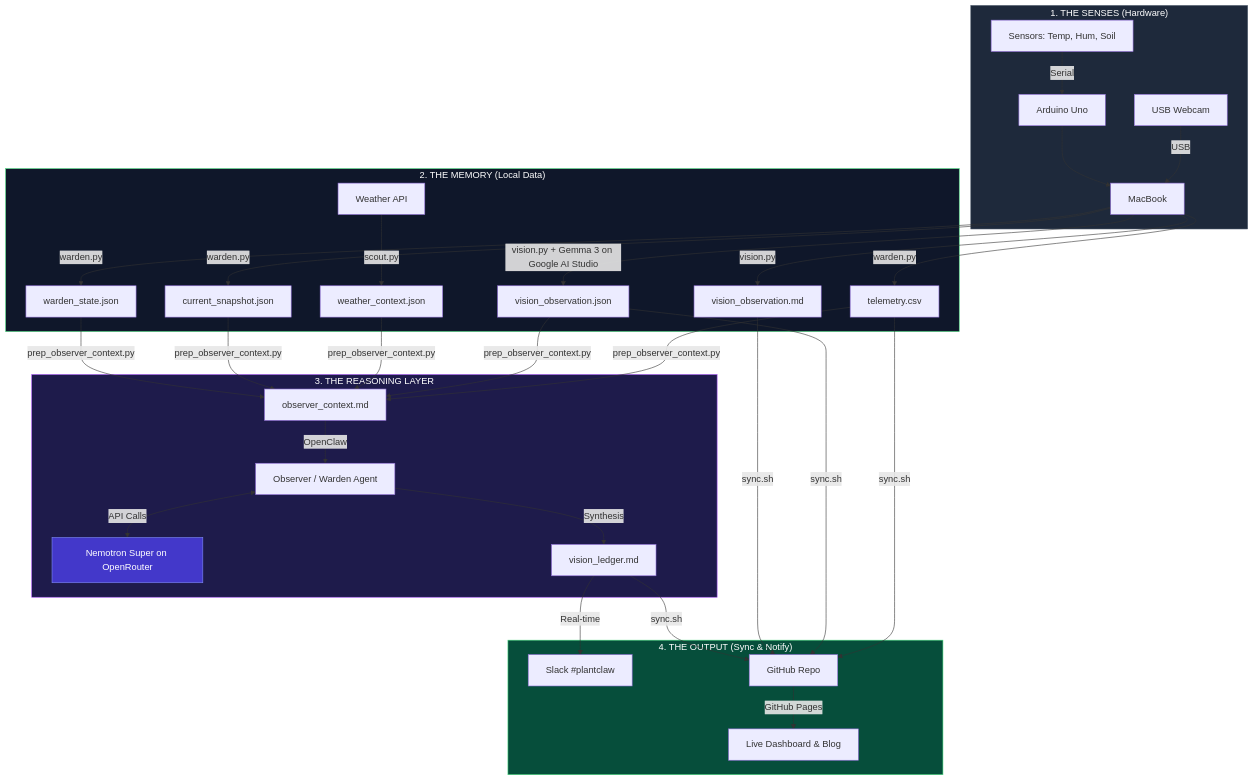
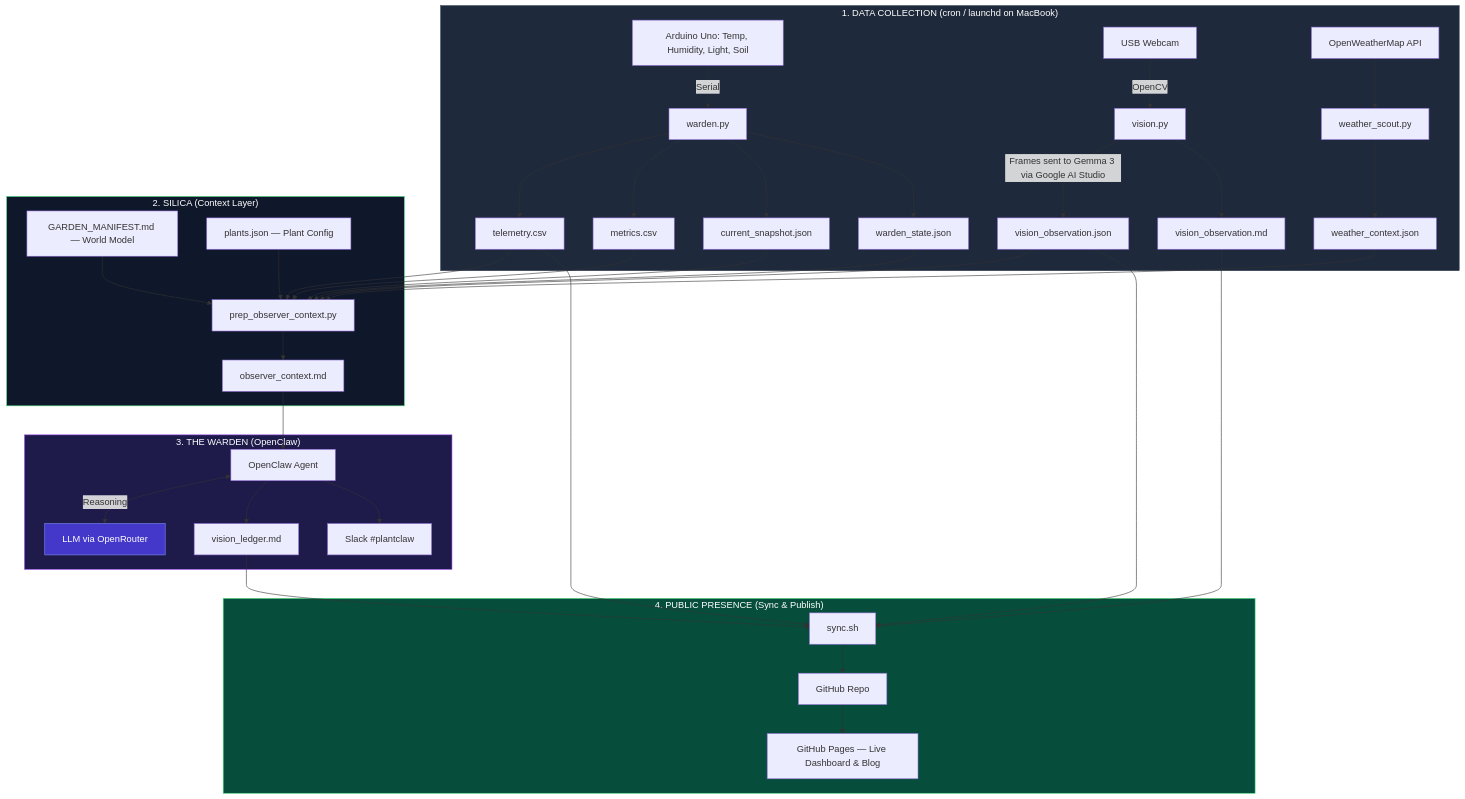
One commit to surendranb/gardenbot changed the diagram in src/docs/architecture.md. Above: the diagram before and after it, drawn with Mermaid. The commit also changed other lines of this file and 3 other files, not shown here.

First line of the commit message:
Fix architecture docs and blog posts to match actual system design

````diff
--- a/src/docs/architecture.md
+++ b/src/docs/architecture.md
@@ -20,41 +20,49 @@
 ```mermaid
 graph TD
-    %% Layer 1: Physical
-    subgraph Physical["1. THE SENSES (Hardware)"]
-        S[Sensors: Temp, Hum, Soil] -->|Serial| AR[Arduino Uno]
-        CAM[USB Webcam] -->|USB| MB[MacBook]
-        AR --> MB
+    %% Layer 1: Data Collection
+    subgraph Collection["1. DATA COLLECTION (cron / launchd on MacBook)"]
+        AR[Arduino Uno: Temp, Humidity, Light, Soil] -->|Serial| WPY[warden.py]
+        WPY --> CSV[telemetry.csv]
+        WPY --> MET[metrics.csv]
+        WPY --> SNS[current_snapshot.json]
+        WPY --> STS[warden_state.json]
+
+        CAM[USB Webcam] -->|OpenCV| VPY[vision.py]
+        VPY -->|Frames sent to Gemma 3 via Google AI Studio| VJS[vision_observation.json]
+        VPY --> VMD[vision_observation.md]
+
+        OWM[OpenWeatherMap API] --> WSC[weather_scout.py]
+        WSC --> WTH[weather_context.json]
     end
 
-    %% Layer 2: Local Processing (The Memory)
-    subgraph Local["2. THE MEMORY (Local Data)"]
-        MB -->|warden.py| CSV[telemetry.csv]
-        MB -->|vision.py + Gemma 3 on Google AI Studio| VJS[vision_observation.json]
-        MB -->|vision.py| VMD[vision_observation.md]
-        MB -->|warden.py| SNS[current_snapshot.json]
-        MB -->|warden.py| STS[warden_state.json]
-        API[Weather API] -->|scout.py| WTH[weather_context.json]
+    %% Layer 2: SILICA Context Layer
+    subgraph SILICA["2. SILICA (Context Layer)"]
+        CSV & MET & SNS & STS & VJS & WTH --> POC[prep_observer_context.py]
+        GM[GARDEN_MANIFEST.md — World Model] --> POC
+        PC[plants.json — Plant Config] --> POC
+        POC --> CTX[observer_context.md]
     end
 
-    %% Layer 3: Intelligence (Reasoning)
-    subgraph Intel["3. THE REASONING LAYER"]
-        CSV & VJS & WTH & SNS & STS -->|prep_observer_context.py| PREP[observer_context.md]
-        PREP -->|OpenClaw| CLAW[Observer / Warden Agent]
-        CLAW <-->|API Calls| OR[Nemotron Super on OpenRouter]
-        CLAW -->|Synthesis| LDG[vision_ledger.md]
+    %% Layer 3: The Warden / Observer
+    subgraph Warden["3. THE WARDEN (OpenClaw)"]
+        CTX --> OC[OpenClaw Agent]
+        OC <-->|Reasoning| LLM[LLM via OpenRouter]
+        OC --> LDG[vision_ledger.md]
+        OC --> SLK[Slack #plantclaw]
     end
 
-    %% Layer 4: Public Presence (The Voice)
-    subgraph Public["4. THE OUTPUT (Sync & Notify)"]
-        LDG -->|Real-time| SLK[Slack #plantclaw]
-        CSV & VJS & VMD & LDG -->|sync.sh| GH[GitHub Repo]
-        GH -->|GitHub Pages| WEB[Live Dashboard & Blog]
+    %% Layer 4: Public Presence
+    subgraph Public["4. PUBLIC PRESENCE (Sync & Publish)"]
+        LDG --> SYNC[sync.sh]
+        CSV & VJS & VMD --> SYNC
+        SYNC --> GH[GitHub Repo]
+        GH --> WEB[GitHub Pages — Live Dashboard & Blog]
     end
 
     %% Styling
-    style Physical fill:#1e293b,stroke:#334155,color:#fff
-    style Local fill:#0f172a,stroke:#4ade80,color:#fff
-    style Intel fill:#1e1b4b,stroke:#a855f7,color:#fff
+    style Collection fill:#1e293b,stroke:#334155,color:#fff
+    style SILICA fill:#0f172a,stroke:#4ade80,color:#fff
+    style Warden fill:#1e1b4b,stroke:#a855f7,color:#fff
     style Public fill:#064e3b,stroke:#4ade80,color:#fff
-    style OR fill:#4338ca,stroke:#818cf8,color:#fff
+    style LLM fill:#4338ca,stroke:#818cf8,color:#fff
 ```
````
